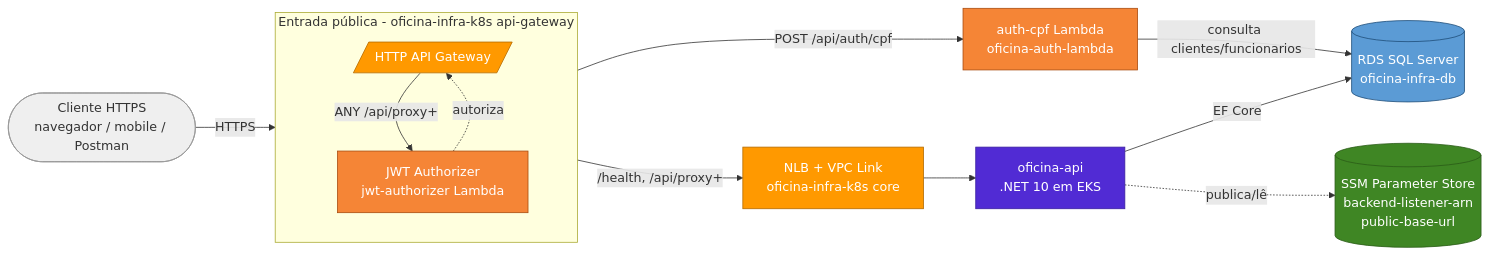
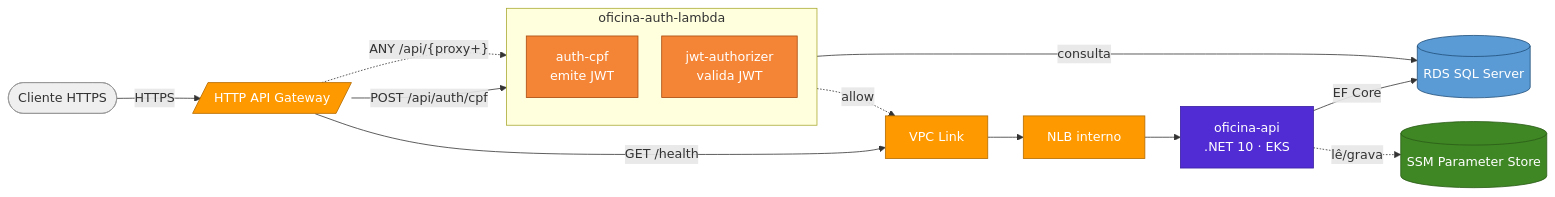
One commit to fabianorodrigues/oficina-api changed the first of 2 diagrams in README.md. Above: the diagram before and after it, drawn with Mermaid. The commit also changed other lines of this file, not shown here.

````diff
--- a/README.md
+++ b/README.md
@@ -47,33 +46,34 @@
 ```mermaid
+%%{init: {"flowchart": {"nodeSpacing": 30, "rankSpacing": 45}} }%%
 flowchart LR
     classDef db    fill:#5B9BD5,color:#fff,stroke:#1F4E79
     classDef k8s   fill:#FF9900,color:#fff,stroke:#B36B00
     classDef api   fill:#512BD4,color:#fff,stroke:#3A1FA0
     classDef lmb   fill:#F58536,color:#fff,stroke:#A84B0F
     classDef store fill:#3F8624,color:#fff,stroke:#2A5C18
     classDef ext   fill:#EFEFEF,color:#333,stroke:#999
 
-    USER([Cliente HTTPS<br/>navegador / mobile / Postman]):::ext
+    USER([Cliente HTTPS]):::ext
+    APIGW[/HTTP API Gateway/]:::k8s
+    VL[VPC Link]:::k8s
+    NLB[NLB interno]:::k8s
+    API["oficina-api<br/>.NET 10 · EKS"]:::api
+    RDS[("RDS SQL Server")]:::db
+    SSM[("SSM Parameter Store")]:::store
 
-    subgraph PUB[Entrada pública - oficina-infra-k8s api-gateway]
+    subgraph LMB["oficina-auth-lambda"]
       direction TB
-      APIGW[/HTTP API Gateway/]:::k8s
-      AUTHZ[JWT Authorizer<br/>jwt-authorizer Lambda]:::lmb
+      AUTH["auth-cpf<br/>emite JWT"]:::lmb
+      AUTHZ["jwt-authorizer<br/>valida JWT"]:::lmb
     end
 
-    AUTH[auth-cpf Lambda<br/>oficina-auth-lambda]:::lmb
-    NLB[NLB + VPC Link<br/>oficina-infra-k8s core]:::k8s
-    API[oficina-api<br/>.NET 10 em EKS]:::api
-    RDS[(RDS SQL Server<br/>oficina-infra-db)]:::db
-    SSM[(SSM Parameter Store<br/>backend-listener-arn<br/>public-base-url)]:::store
-
-    USER -->|HTTPS| APIGW
-    APIGW -->|POST /api/auth/cpf| AUTH
-    APIGW -->|ANY /api/proxy+| AUTHZ
-    AUTHZ -. autoriza .-> APIGW
-    APIGW -->|/health, /api/proxy+| NLB
-    NLB --> API
-    AUTH -->|consulta clientes/funcionarios| RDS
-    API -->|EF Core| RDS
-    API -. publica/lê .-> SSM
+    USER -- HTTPS --> APIGW
+    APIGW -- "POST /api/auth/cpf" --> AUTH
+    APIGW -. "ANY /api/#123;proxy+#125;" .-> AUTHZ
+    APIGW -- "GET /health" --> VL
+    AUTHZ -. allow .-> VL
+    AUTH -- consulta --> RDS
+    VL --> NLB --> API
+    API -- "EF Core" --> RDS
+    API -. lê/grava .-> SSM
 ```
````
